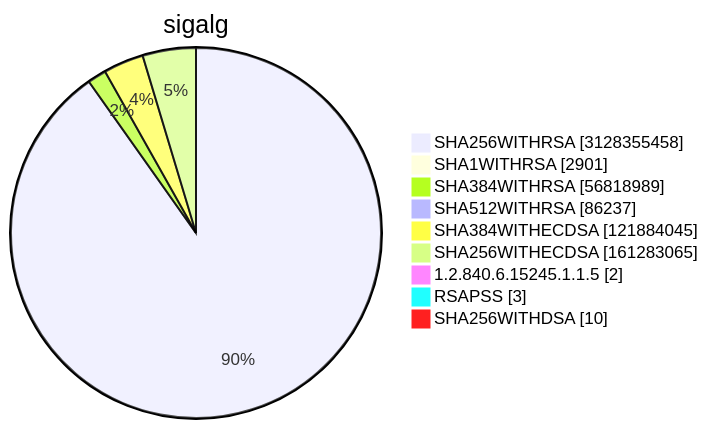
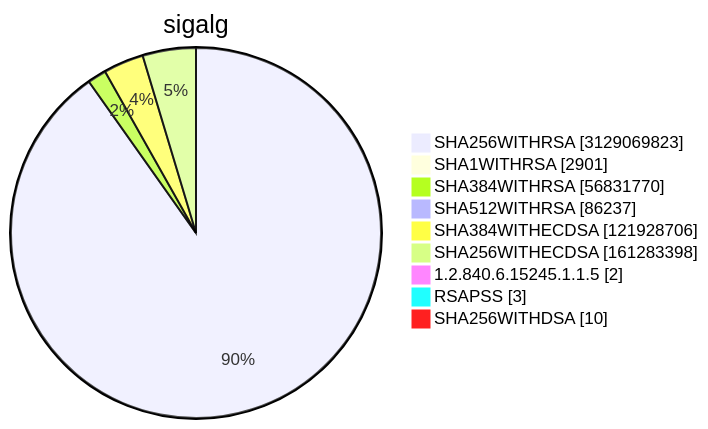
Diagram 15 of 15 in TOTAL/README.md (christiankrug/ctmonitor_visualization), drawn with Mermaid before and after one commit. The commit also changed other lines of this file, not shown here.

````diff
--- a/TOTAL/README.md
+++ b/TOTAL/README.md
@@ -6212,13 +6212,13 @@
 ```mermaid
 pie showData
 title sigalg
-"SHA256WITHRSA" :3128355458
+"SHA256WITHRSA" :3129069823
 "SHA1WITHRSA" :2901
-"SHA384WITHRSA" :56818989
+"SHA384WITHRSA" :56831770
 "SHA512WITHRSA" :86237
-"SHA384WITHECDSA" :121884045
-"SHA256WITHECDSA" :161283065
+"SHA384WITHECDSA" :121928706
+"SHA256WITHECDSA" :161283398
 "1.2.840.6.15245.1.1.5" :2
 "RSAPSS" :3
 "SHA256WITHDSA" :10
 ```
````
